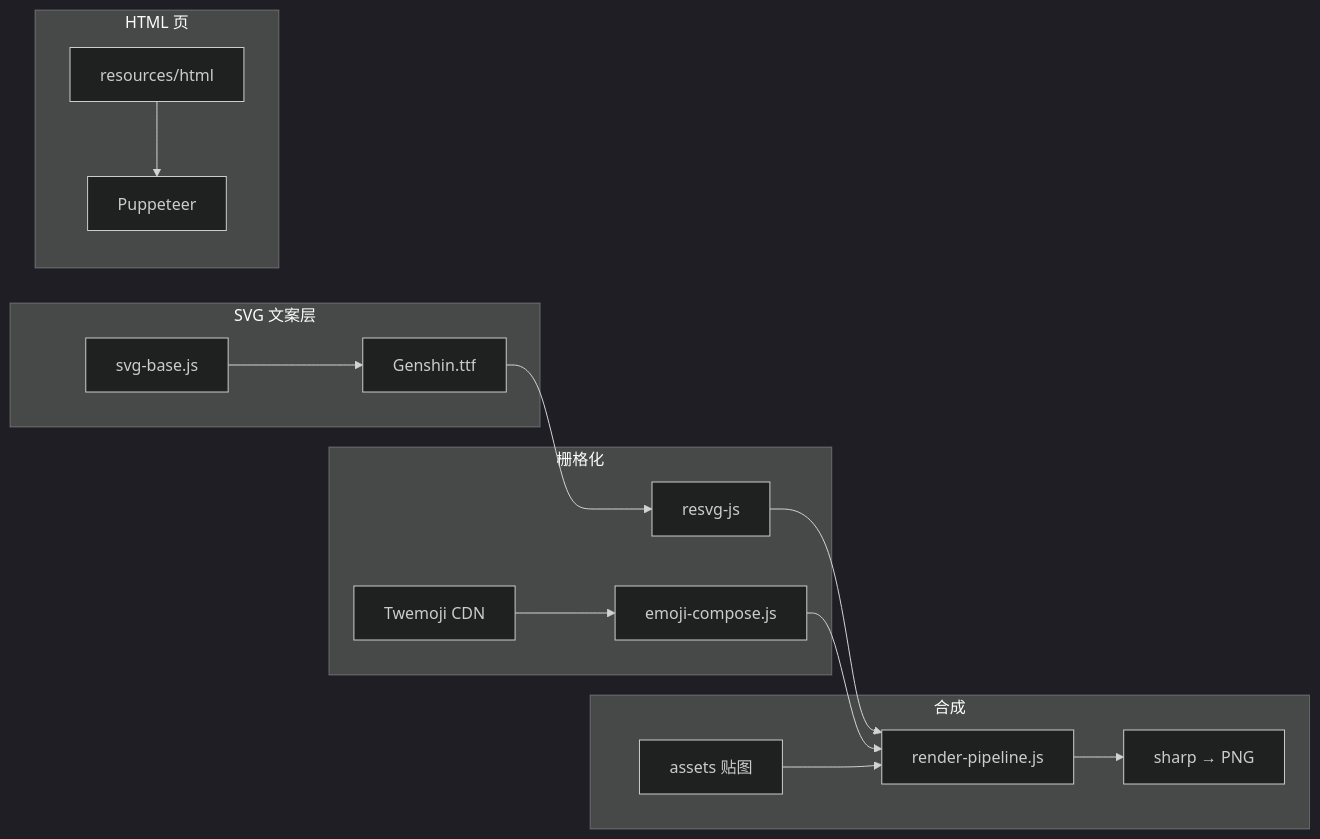
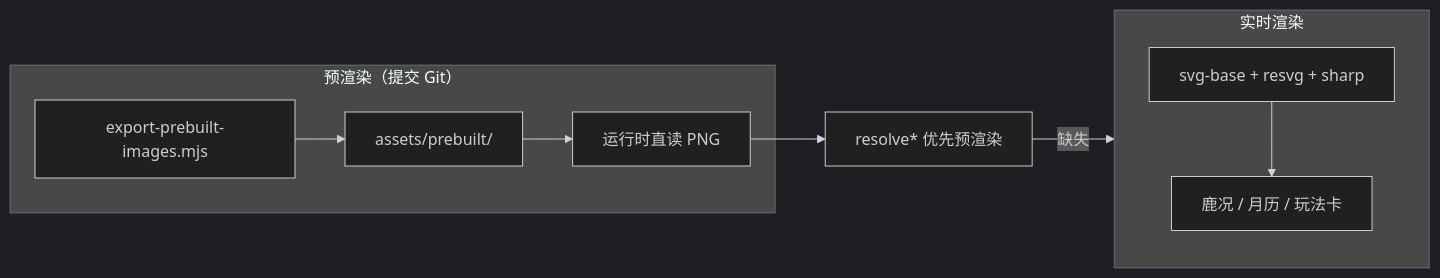
Before and after one commit to sunflowermm/yunzai-plugin-deer-pipe: the second of 2 diagrams in README.md, drawn with Mermaid (dark theme). The commit also changed other lines of this file, not shown here.

````diff
--- a/README.md
+++ b/README.md
@@ -491,19 +393,12 @@
 ```mermaid
 flowchart LR
-    subgraph SVG["SVG 文案层"]
-        A["svg-base.js"] --> B["Genshin.ttf"]
+    subgraph Pre["预渲染（提交 Git）"]
+        P["export-prebuilt-images.mjs"] --> Q["assets/prebuilt/"]
+        Q --> R["运行时直读 PNG"]
     end
-    subgraph Raster["栅格化"]
-        B --> C["resvg-js"]
-        D["Twemoji CDN"] --> E["emoji-compose.js"]
+    subgraph Live["实时渲染"]
+        A["svg-base + resvg + sharp"] --> B["鹿况 / 月历 / 玩法卡"]
     end
-    subgraph Compose["合成"]
-        C --> F["render-pipeline.js"]
-        E --> F
-        G["assets 贴图"] --> F
-        F --> H["sharp → PNG"]
-    end
-    subgraph HTML["HTML 页"]
-        I["resources/html"] --> J["Puppeteer"]
-    end
+    R --> C["resolve* 优先预渲染"]
+    C -->|缺失| Live
 ```
````
